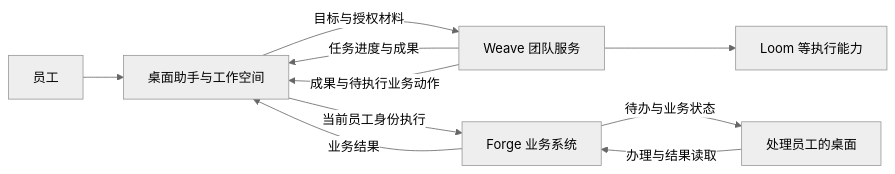
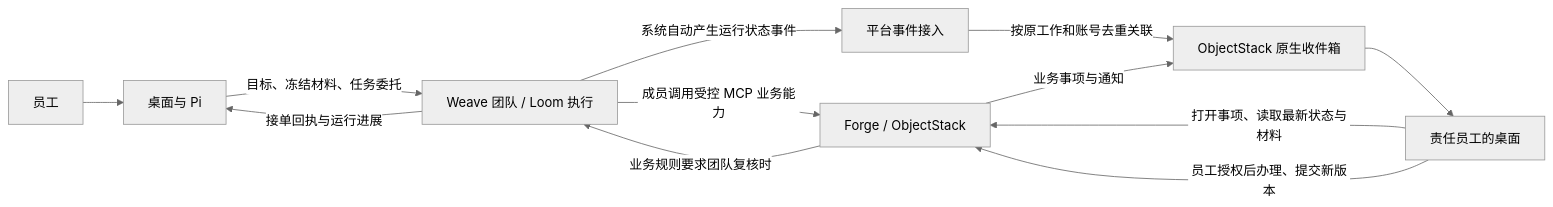
The diagram in docs/architecture/product-architecture.md (jinyitao123/weave-workbench), drawn with Mermaid (neutral theme) before and after one commit. The commit also changed other lines of this file and 10 other files, not shown here.

````diff
--- a/docs/architecture/product-architecture.md
+++ b/docs/architecture/product-architecture.md
@@ -11,12 +11,14 @@
 ```mermaid
 flowchart LR
-    U[员工] --> D[桌面助手与工作空间]
-    D -->|目标与授权材料| W[Weave 团队服务]
-    W -->|任务进度与成果| D
-    W -->|成果与待执行业务动作| D
-    D -->|当前员工身份执行| F[Forge 业务系统]
-    F -->|业务结果| D
-    F -->|待办与业务状态| D2[处理员工的桌面]
-    D2 -->|办理与结果读取| F
-    W --> R[Loom 等执行能力]
+    U[员工] --> D[桌面与 Pi]
+    D -->|目标、冻结材料、任务委托| W[Weave 团队 / Loom 执行]
+    W -->|接单回执与运行进展| D
+    W -->|成员调用受控 MCP 业务能力| F[Forge / ObjectStack]
+    W -->|系统自动产生运行状态事件| C[平台事件接入]
+    C -->|按原工作和账号去重关联| N[ObjectStack 原生收件箱]
+    F -->|业务事项与通知| N
+    N --> D2[责任员工的桌面]
+    D2 -->|打开事项、读取最新状态与材料| F
+    D2 -->|员工授权后办理、提交新版本| F
+    F -->|业务规则要求团队复核时| W
 ```
````
